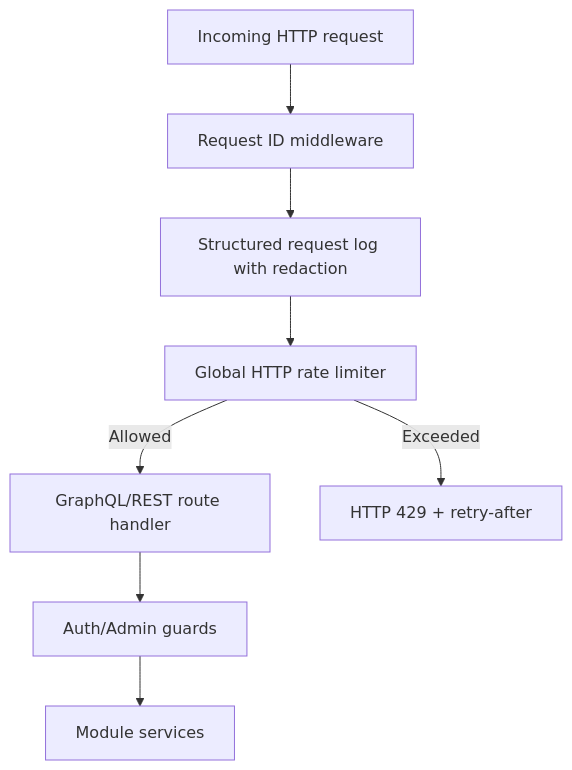
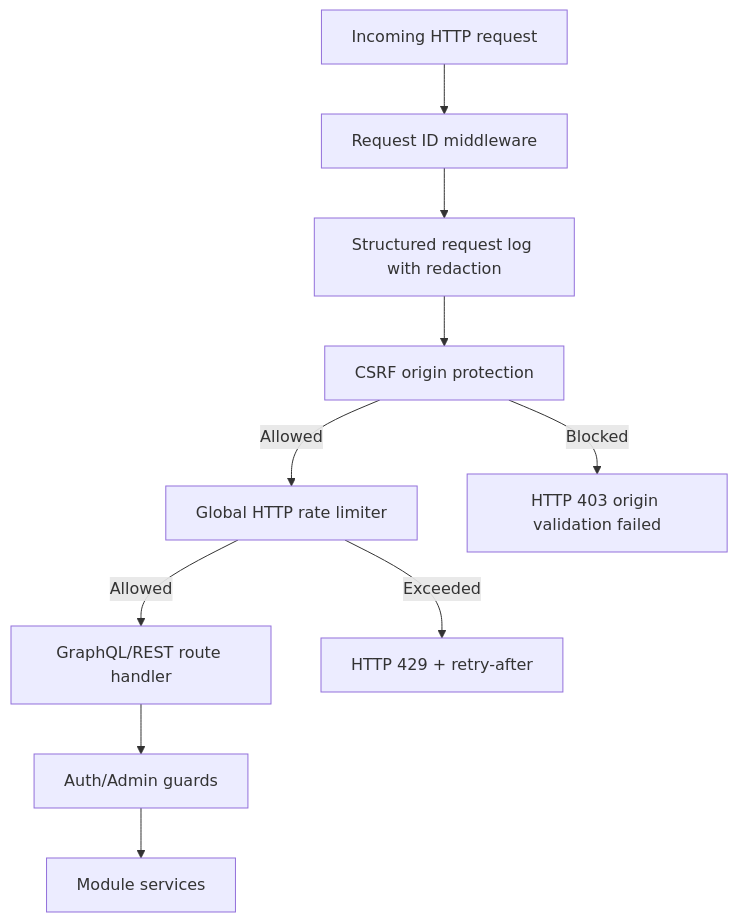
Before and after one commit to AmanVatsSharma/MailZen-Smart-Email-Management: the diagram in apps/backend/src/common/README.md, drawn with Mermaid. The commit also changed other lines of this file and 5 other files, not shown here.

Commit message:
Add global CSRF origin protection for cookie sessions

````diff
--- a/apps/backend/src/common/README.md
+++ b/apps/backend/src/common/README.md
@@ -47,10 +65,12 @@
 ```mermaid
 flowchart TD
   Request[Incoming HTTP request] --> Correlation[Request ID middleware]
   Correlation --> StructLog[Structured request log with redaction]
-  StructLog --> RateLimit[Global HTTP rate limiter]
+  StructLog --> CsrfOrigin[CSRF origin protection]
+  CsrfOrigin -->|Allowed| RateLimit[Global HTTP rate limiter]
+  CsrfOrigin -->|Blocked| CsrfReject[HTTP 403 origin validation failed]
   RateLimit -->|Allowed| Route[GraphQL/REST route handler]
   RateLimit -->|Exceeded| Reject[HTTP 429 + retry-after]
   Route --> Guards[Auth/Admin guards]
   Guards --> Services[Module services]
 ```
````
